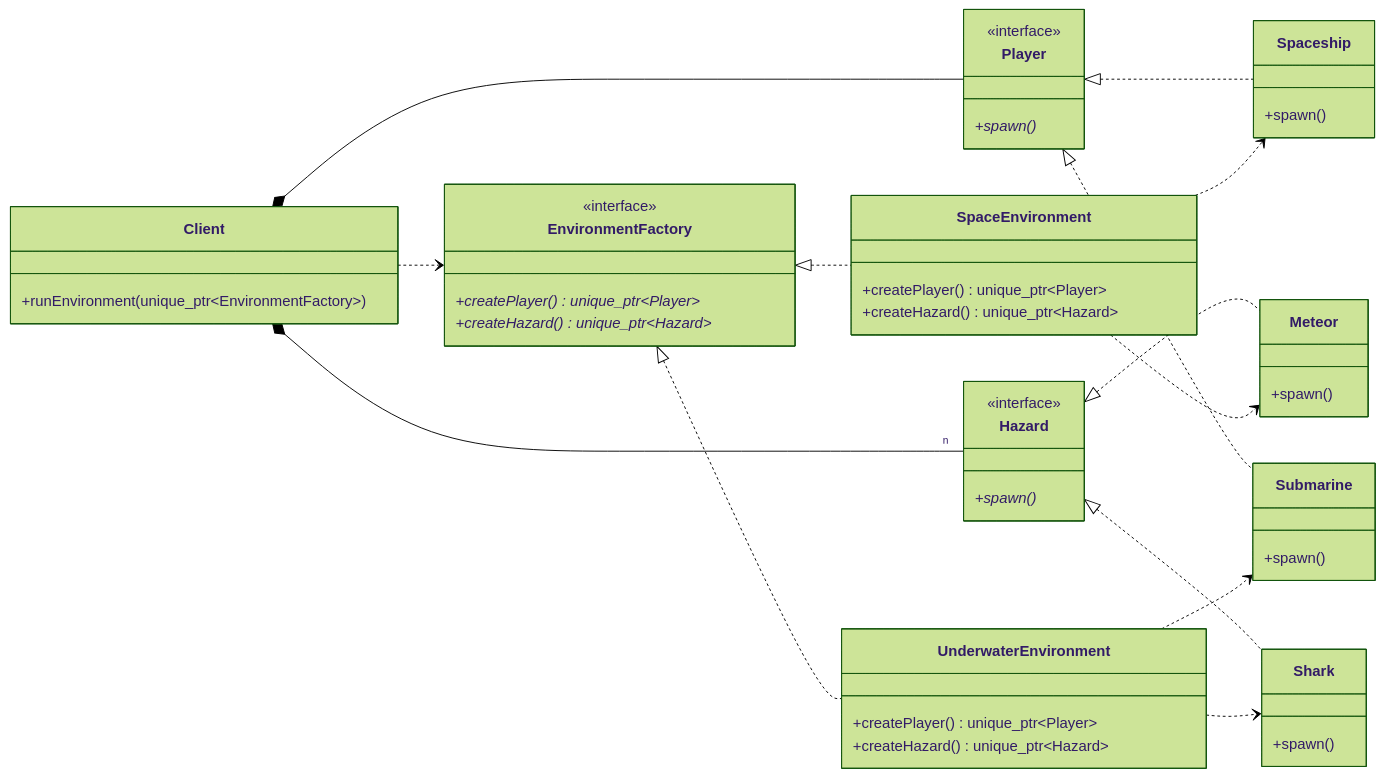
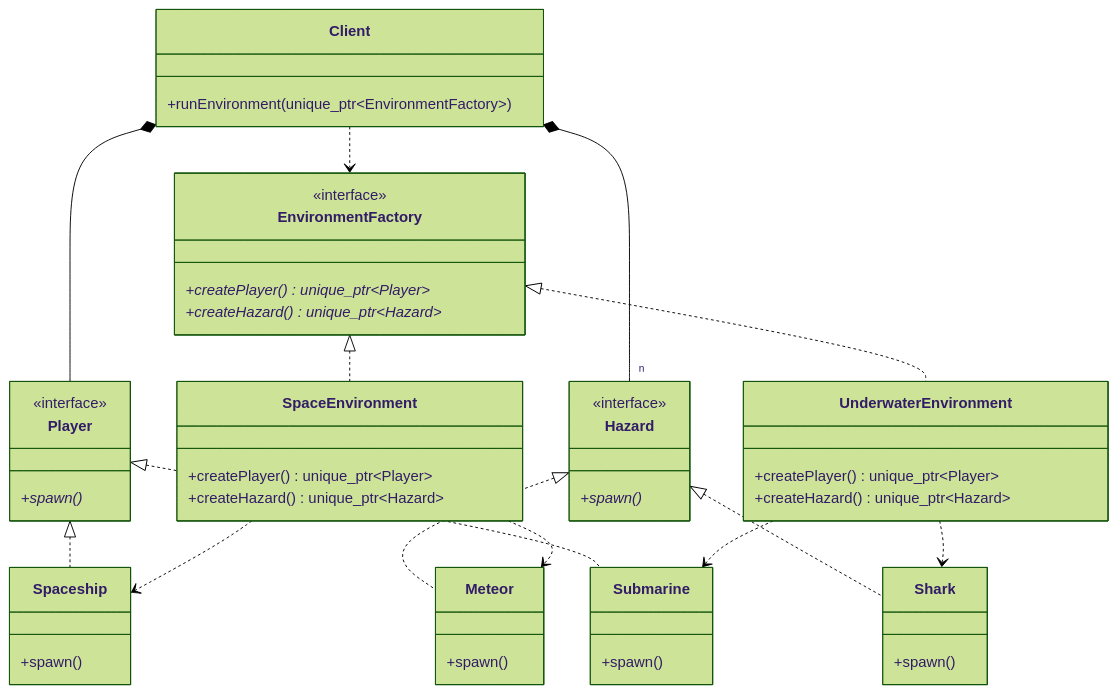
One commit to Cichlidfishexigency721/Modern-CPP-Design-Patterns changed the diagram in 03_AbstractFactoryMethod/README.md. Above: the diagram before and after it, drawn with Mermaid (forest theme). The commit also changed 1 other file, not shown here.

Commit message:
UML improvement

````diff
--- a/03_AbstractFactoryMethod/README.md
+++ b/03_AbstractFactoryMethod/README.md
@@ -46,58 +46,57 @@
 ```mermaid
 classDiagram
-    direction LR
     class Player {
         <<interface>>
         +spawn()*
     }
     class Hazard {
         <<interface>>
         +spawn()*
     }
 
     class Spaceship { +spawn() }
     class Meteor { +spawn() }
     class Submarine { +spawn() }
     class Shark { +spawn() }
 
     class EnvironmentFactory {
         <<interface>>
         +createPlayer()* unique_ptr~Player~
         +createHazard()* unique_ptr~Hazard~
     }
 
     class SpaceEnvironment {
         +createPlayer() unique_ptr~Player~
         +createHazard() unique_ptr~Hazard~
     }
 
     class UnderwaterEnvironment {
         +createPlayer() unique_ptr~Player~
         +createHazard() unique_ptr~Hazard~
     }
 
     class Client {
         +runEnvironment(unique_ptr~EnvironmentFactory~)
     }
 
     %% Inheritance Relationships
     Player <|.. Spaceship
     Player <|.. Submarine
     Hazard <|.. Meteor
     Hazard <|.. Shark
 
     EnvironmentFactory <|.. SpaceEnvironment
     EnvironmentFactory <|.. UnderwaterEnvironment
 
     %% Creation Dependencies (The Families)
     SpaceEnvironment ..> Spaceship
     SpaceEnvironment ..> Meteor
     
     UnderwaterEnvironment ..> Submarine
     UnderwaterEnvironment ..> Shark
 
     %% Client interacting with abstractions
     Client ..> EnvironmentFactory
     Client *-- Player
     Client *-- "n" Hazard
 ```
````
